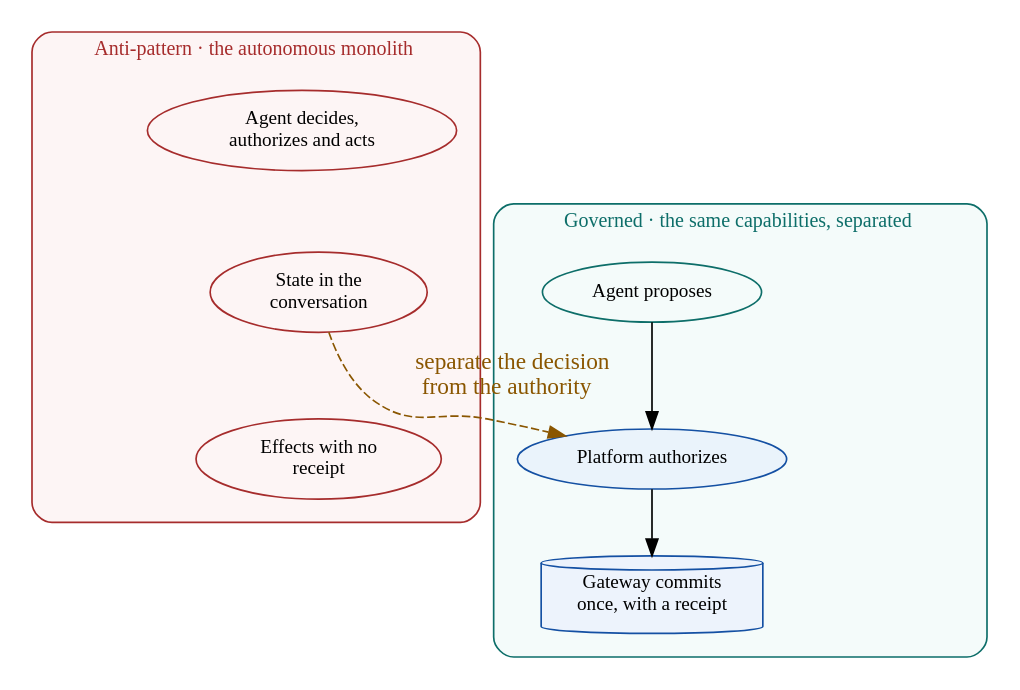
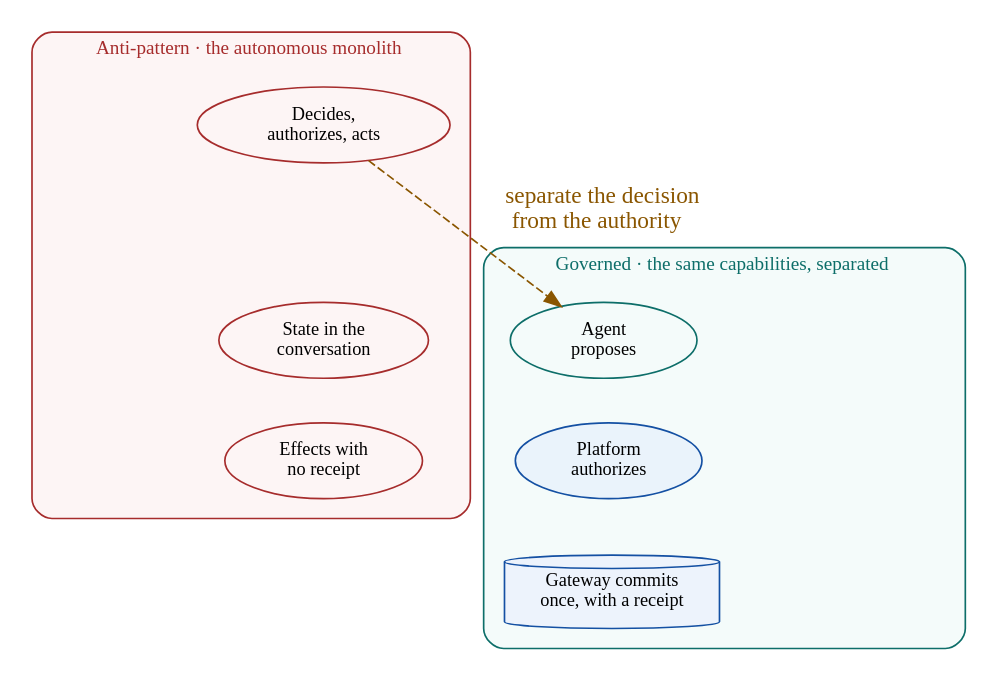
Before and after one commit to rrahimi-uci/building-enterprise-general-intelligence: the diagram in assets/diagrams/src/anti-before-after.gv, drawn with Graphviz. The commit also changed 68 other files, not shown here.

First line of the commit message:
feat: redesign all 20 diagrams from editable sources, rendered as vectors

```diff
--- a/assets/diagrams/src/anti-before-after.gv
+++ b/assets/diagrams/src/anti-before-after.gv
@@ -1,26 +1,26 @@
 // Figure 17-1 — Autonomous monolith versus governed agentic architecture.
-// Message: the failure is a responsibility boundary, not a model choice. The
-// same capabilities, correctly separated, become operable.
+// Message: the failure is a responsibility boundary, not a model choice. Stacked
+// rather than side by side so the same three concerns line up for comparison.
 digraph anti_before_after {
   rankdir = TB
-  graph [ranksep=0.30, nodesep=0.26]
-  node [width=1.6, fontsize=11.5]
+  graph [ranksep=0.35, nodesep=0.22]
+  node [width=1.55, fontsize=11]
 
   subgraph cluster_before {
-    label="  Anti-pattern · the autonomous monolith  "; labeljust="l"; fontsize=12; fontcolor="#A62C2C"
-    color="#A62C2C"; style="rounded"; margin=14; bgcolor="#FDF5F5"
-    b1 [label="Agent decides,\nauthorizes and acts", fillcolor="#FCECEC", color="#A62C2C"]
+    label="  Anti-pattern · the autonomous monolith  "; labeljust="l"; fontsize=11.5; fontcolor="#A62C2C"
+    color="#A62C2C"; style="rounded"; margin=12; bgcolor="#FDF5F5"
+    b1 [label="Decides,\nauthorizes, acts", fillcolor="#FCECEC", color="#A62C2C"]
     b2 [label="State in the\nconversation", fillcolor="#FCECEC", color="#A62C2C"]
-    b3 [label="Effects with no\nreceipt", fillcolor="#FCECEC", color="#A62C2C"]
+    b3 [label="Effects with\nno receipt", fillcolor="#FCECEC", color="#A62C2C"]
     b1 -> b2 -> b3 [style=invis]
   }
   subgraph cluster_after {
-    label="  Governed · the same capabilities, separated  "; labeljust="l"; fontsize=12; fontcolor="#0D6E69"
-    color="#0D6E69"; style="rounded"; margin=14; bgcolor="#F4FBFA"
-    a1 [label="Agent proposes", fillcolor="#E7F5F3", color="#0D6E69"]
-    a2 [label="Platform authorizes", fillcolor="#EAF3FB", color="#1450A3", style=filled]
+    label="  Governed · the same capabilities, separated  "; labeljust="l"; fontsize=11.5; fontcolor="#0D6E69"
+    color="#0D6E69"; style="rounded"; margin=12; bgcolor="#F4FBFA"
+    a1 [label="Agent\nproposes", fillcolor="#E7F5F3", color="#0D6E69"]
+    a2 [label="Platform\nauthorizes", fillcolor="#EAF3FB", color="#1450A3", style=filled]
     a3 [label="Gateway commits\nonce, with a receipt", fillcolor="#EDF3FC", color="#1450A3", shape=cylinder, style=filled]
-    a1 -> a2 -> a3
+    a1 -> a2 -> a3 [style=invis]
   }
-  b2 -> a2 [label="  separate the decision\n  from the authority  ", color="#8A5600", fontcolor="#8A5600", style=dashed]
+  b1 -> a1 [label="  separate the decision\n  from the authority  ", color="#8A5600", fontcolor="#8A5600", style=dashed]
 }
```
